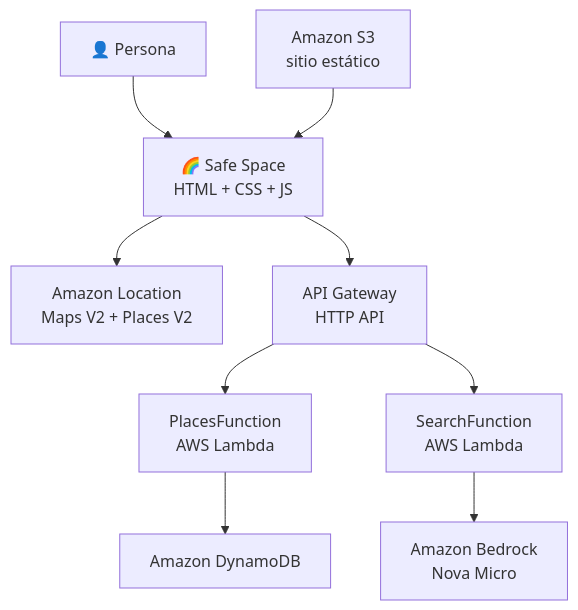
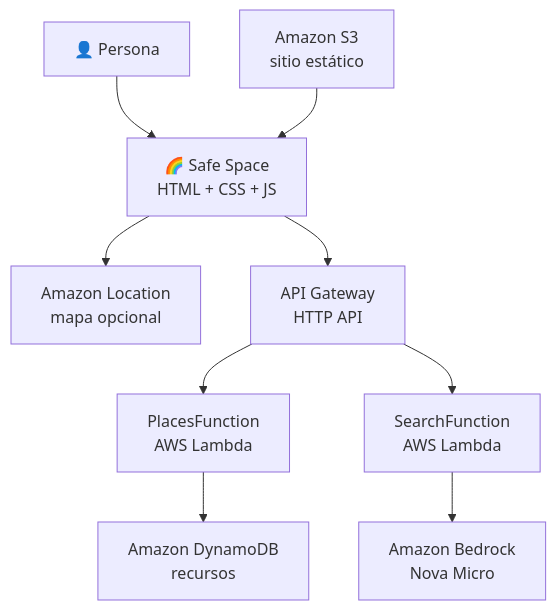
The diagram in README.md (gmonie/awspectrum-safe-space), drawn with Mermaid before and after one commit. The commit also changed other lines of this file, not shown here.

First line of the commit message:
docs: el README describe el directorio de recursos

````diff
--- a/README.md
+++ b/README.md
@@ -49,11 +21,11 @@
 ```mermaid
 flowchart TB
     U["👤 Persona"] --> F["🌈 Safe Space<br>HTML + CSS + JS"]
     S3["Amazon S3<br>sitio estático"] --> F
-    F --> LOC["Amazon Location<br>Maps V2 + Places V2"]
+    F --> LOC["Amazon Location<br>mapa opcional"]
     F --> API["API Gateway<br>HTTP API"]
-    API --> PF["PlacesFunction<br>AWS Lambda"]
+    API --> RF["PlacesFunction<br>AWS Lambda"]
     API --> SF["SearchFunction<br>AWS Lambda"]
-    PF --> DB["Amazon DynamoDB"]
+    RF --> DB["Amazon DynamoDB<br>recursos"]
     SF --> BR["Amazon Bedrock<br>Nova Micro"]
 ```
````
